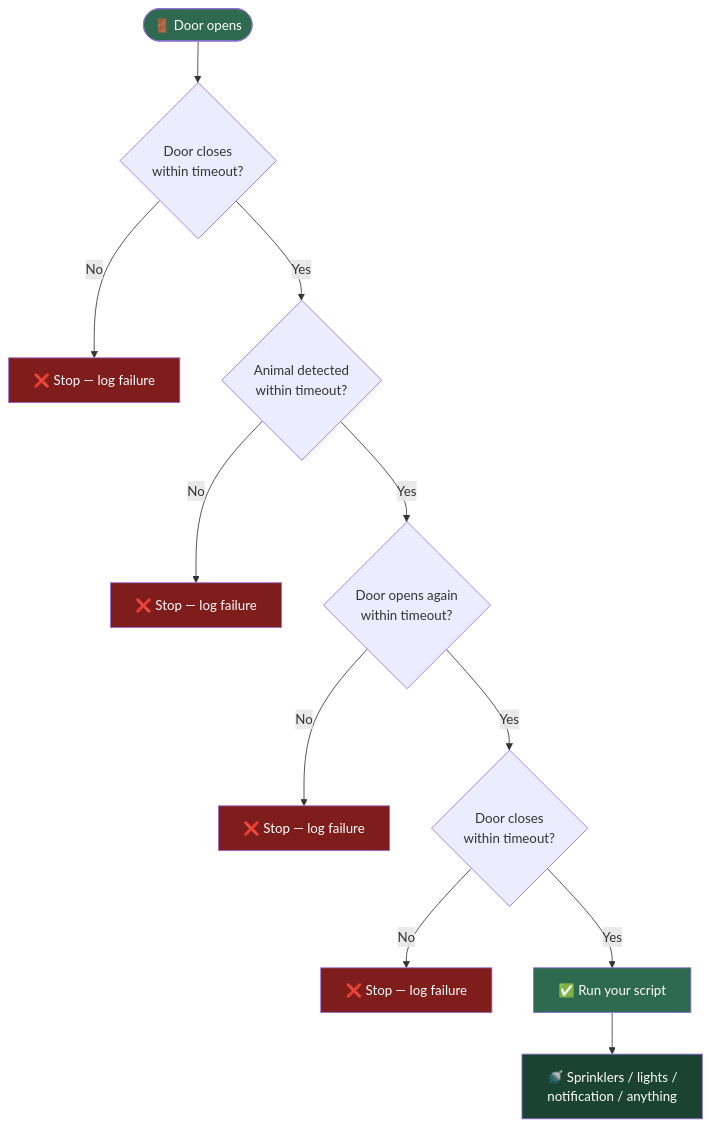
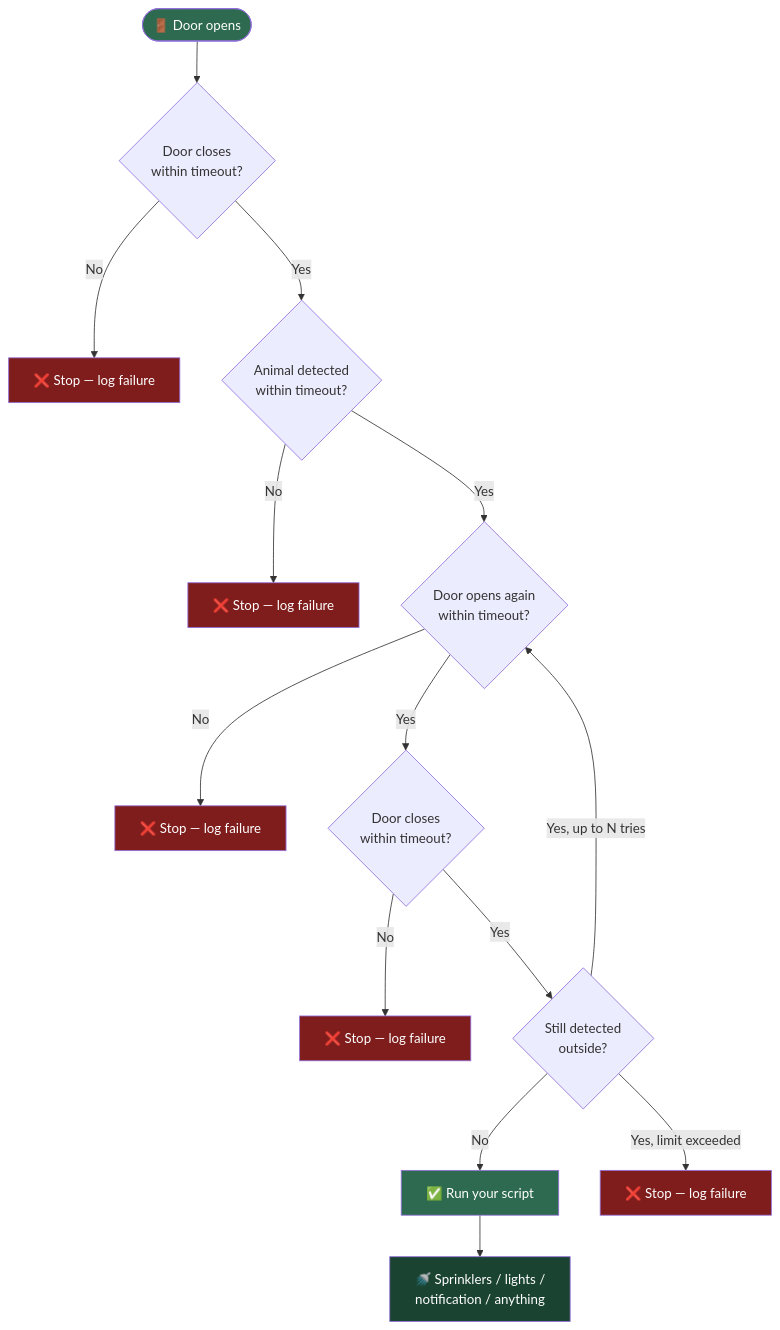
The diagram in README.md (RedBeardBrownEyes/Dog-Save-the-Lawn), drawn with Mermaid before and after one commit. The commit also changed other lines of this file and 1 other file, not shown here.

````diff
--- a/README.md
+++ b/README.md
@@ -17,21 +17,25 @@
 ```mermaid
 flowchart TD
     A([🚪 Door opens]) --> B{Door closes<br/>within timeout?}
     B -- No --> F1[❌ Stop — log failure]
     B -- Yes --> C{Animal detected<br/>within timeout?}
     C -- No --> F2[❌ Stop — log failure]
     C -- Yes --> D{Door opens again<br/>within timeout?}
     D -- No --> F3[❌ Stop — log failure]
     D -- Yes --> E{Door closes<br/>within timeout?}
     E -- No --> F4[❌ Stop — log failure]
-    E -- Yes --> G[✅ Run your script]
+    E -- Yes --> S{Still detected<br/>outside?}
+    S -- Yes, up to N tries --> D
+    S -- No --> G[✅ Run your script]
+    S -- Yes, limit exceeded --> F5[❌ Stop — log failure]
     G --> H[🚿 Sprinklers / lights /<br/>notification / anything]
 
     style A fill:#2d6a4f,color:#fff
     style G fill:#2d6a4f,color:#fff
     style H fill:#1b4332,color:#fff
     style F1 fill:#7f1d1d,color:#fff
     style F2 fill:#7f1d1d,color:#fff
     style F3 fill:#7f1d1d,color:#fff
     style F4 fill:#7f1d1d,color:#fff
+    style F5 fill:#7f1d1d,color:#fff
 ```
````
